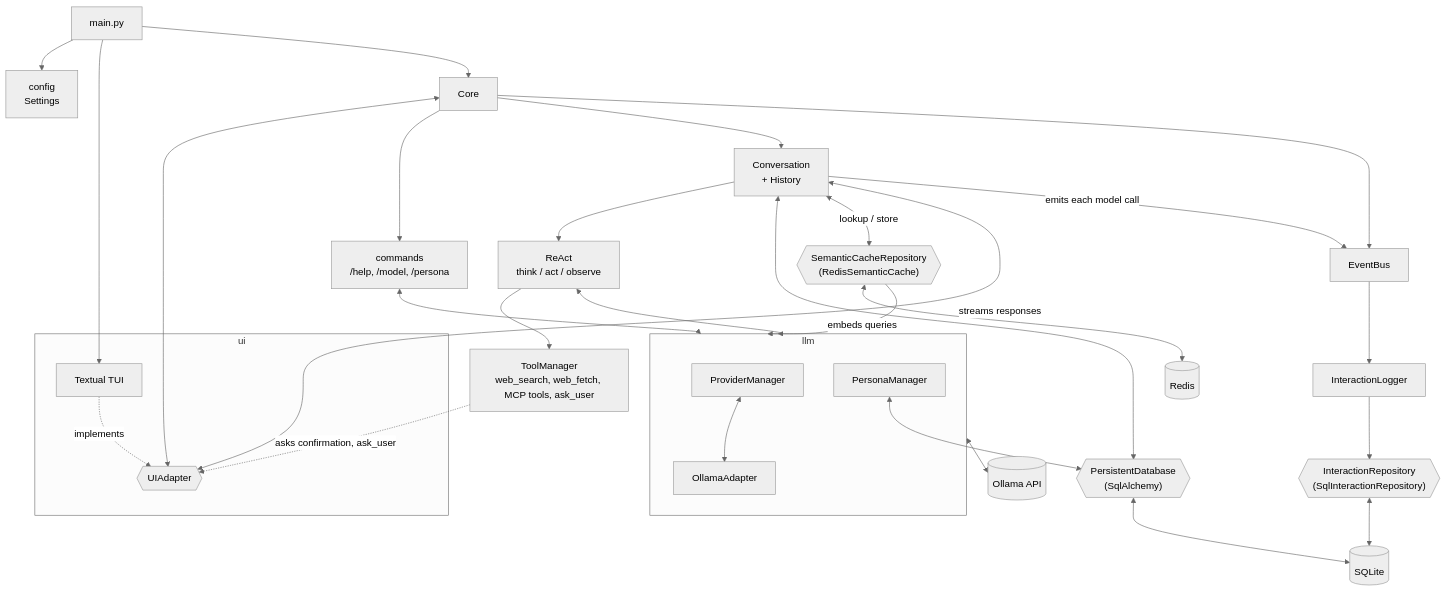
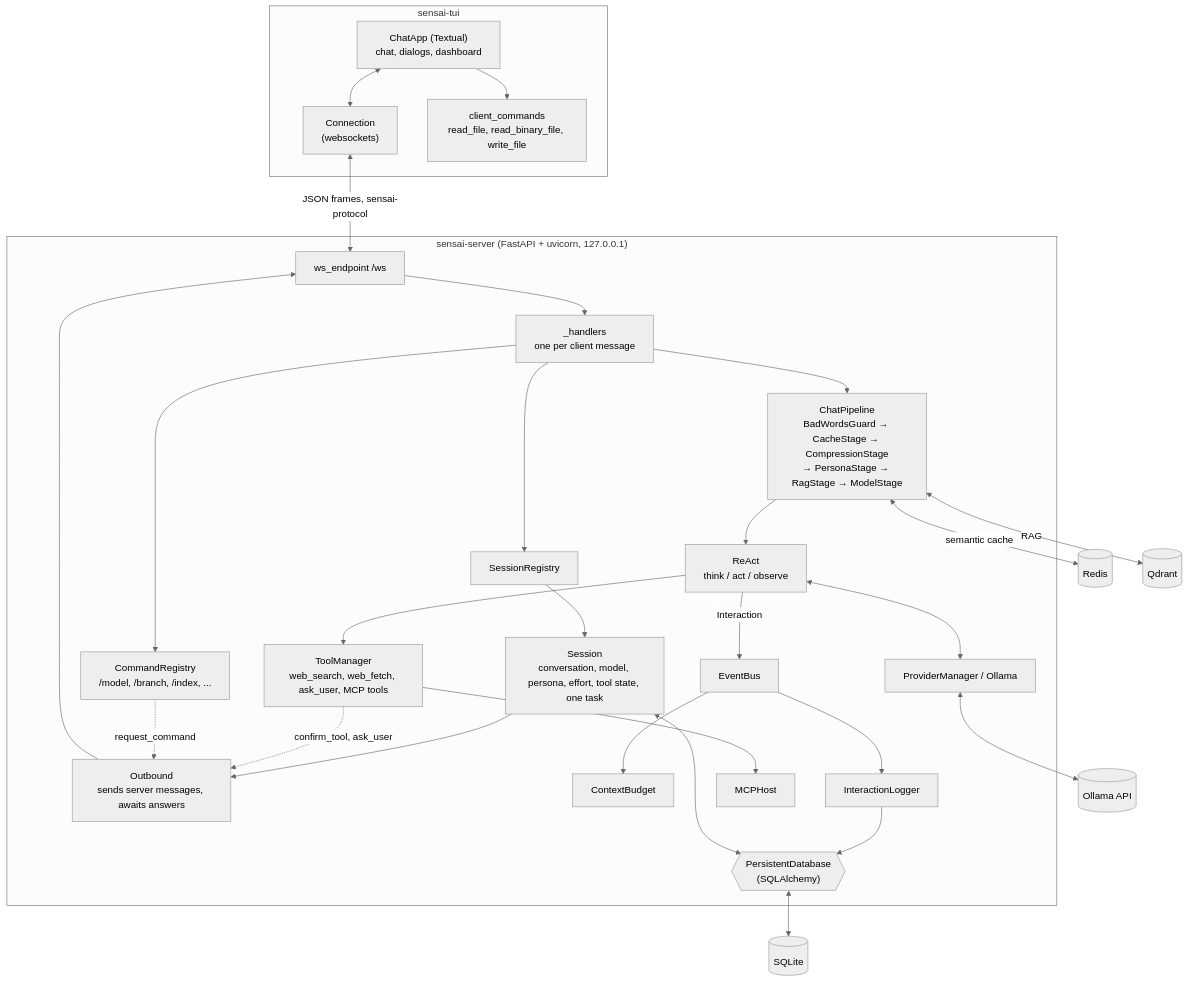
The first of 5 diagrams in docs/architecture/current_architecture.md (EstebanPeroz/Sensai), drawn with Mermaid (neutral theme) before and after one commit. The commit also changed other lines of this file and 281 other files, not shown here.

First line of the commit message:
refactor(sensai): remove src to keep client/server (#103)

````diff
--- a/docs/architecture/current_architecture.md
+++ b/docs/architecture/current_architecture.md
@@ -3,65 +16,52 @@
 ```mermaid
 flowchart TB
-    MAIN["main.py"]
-    CONFIG["config<br/>Settings"]
-    CORE["Core"]
-
-    subgraph UI["ui"]
-        UIA{{"UIAdapter"}}
-        TUI["Textual TUI"]
+    subgraph TUI["sensai-tui"]
+        APP["ChatApp (Textual)<br/>chat, dialogs, dashboard"]
+        CONN["Connection<br/>(websockets)"]
+        CC["client_commands<br/>read_file, read_binary_file, write_file"]
+        APP <--> CONN
+        APP --> CC
     end
 
-    CMDS["commands<br/>/help, /model, /persona"]
-    CONV["Conversation<br/>+ History"]
-    REACT["ReAct<br/>think / act / observe"]
-    TOOLS["ToolManager<br/>web_search, web_fetch, MCP tools, ask_user"]
-
-    subgraph LLM["llm"]
-        PM["ProviderManager"]
-        OLLAMA["OllamaAdapter"]
-        PERSONA["PersonaManager"]
+    subgraph SERVER["sensai-server (FastAPI + uvicorn, 127.0.0.1)"]
+        WS["ws_endpoint /ws"]
+        HANDLERS["_handlers<br/>one per client message"]
+        REG["SessionRegistry"]
+        SESS["Session<br/>conversation, model, persona, effort, tool state, one task"]
+        OUT["Outbound<br/>sends server messages, awaits answers"]
+        CMDS["CommandRegistry<br/>/model, /branch, /index, ..."]
+        PIPE["ChatPipeline<br/>BadWordsGuard → CacheStage → CompressionStage<br/>→ PersonaStage → RagStage → ModelStage"]
+        REACT["ReAct<br/>think / act / observe"]
+        TOOLS["ToolManager<br/>web_search, web_fetch, ask_user, MCP tools"]
+        BUS["EventBus"]
+        BUDGET["ContextBudget"]
+        LOGGER["InteractionLogger"]
+        MCP["MCPHost"]
+        PM["ProviderManager / Ollama"]
+        DB{{"PersistentDatabase<br/>(SQLAlchemy)"}}
     end
 
-    DB{{"PersistentDatabase<br/>(SqlAlchemy)"}}
-    CACHE{{"SemanticCacheRepository<br/>(RedisSemanticCache)"}}
-    BUS["EventBus"]
-    LOGGER["InteractionLogger"]
-    INTERACTIONS{{"InteractionRepository<br/>(SqlInteractionRepository)"}}
+    CONN <-->|"JSON frames, sensai-protocol"| WS
+    WS --> HANDLERS
+    HANDLERS --> REG --> SESS
+    SESS --> OUT
+    OUT --> WS
+    HANDLERS --> CMDS
+    HANDLERS --> PIPE
+    PIPE --> REACT
+    REACT --> TOOLS
+    REACT <--> PM
+    TOOLS --> MCP
+    TOOLS -.->|confirm_tool, ask_user| OUT
+    CMDS -.->|request_command| OUT
+    REACT -->|Interaction| BUS
+    BUS --> BUDGET
+    BUS --> LOGGER
+    LOGGER --> DB
+    SESS <--> DB
 
-    OLLAMAAPI[("Ollama API")]
-    SQLITE[("SQLite")]
-    REDIS[("Redis")]
-
-    MAIN --> CONFIG
-    MAIN --> TUI
-    MAIN --> CORE
-
-    CORE <--> UIA
-    CORE --> CMDS
-    CORE --> CONV
-
-    TUI -.->|implements| UIA
-
-    CMDS <--> LLM
-
-    CONV --> REACT
-    REACT <--> LLM
-    REACT --> TOOLS
-    TOOLS -.->|asks confirmation, ask_user| UIA
-    CONV <--> DB
-    CONV <-->|lookup / store| CACHE
-    CONV <-->|streams responses| UIA
-
-    PM <--> OLLAMA
-    LLM <--> OLLAMAAPI
-    PERSONA <--> DB
-    DB <--> SQLITE
-    CACHE <--> REDIS
-    CACHE -->|embeds queries| LLM
-
-    CORE --> BUS
-    CONV -->|emits each model call| BUS
-    BUS --> LOGGER
-    LOGGER --> INTERACTIONS
-    INTERACTIONS <--> SQLITE
+    PM <--> OLLAMAAPI[("Ollama API")]
+    PIPE <-->|semantic cache| REDIS[("Redis")]
+    PIPE <-->|RAG| QDRANT[("Qdrant")]
+    DB <--> SQLITE[("SQLite")]
 ```
````
